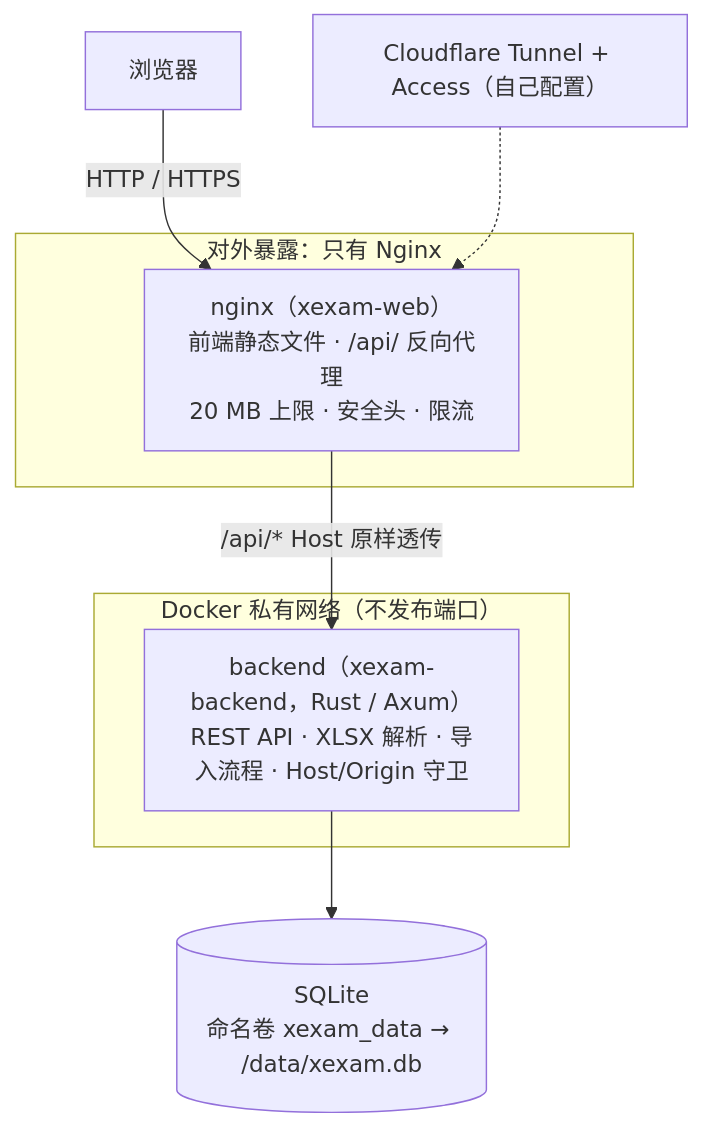
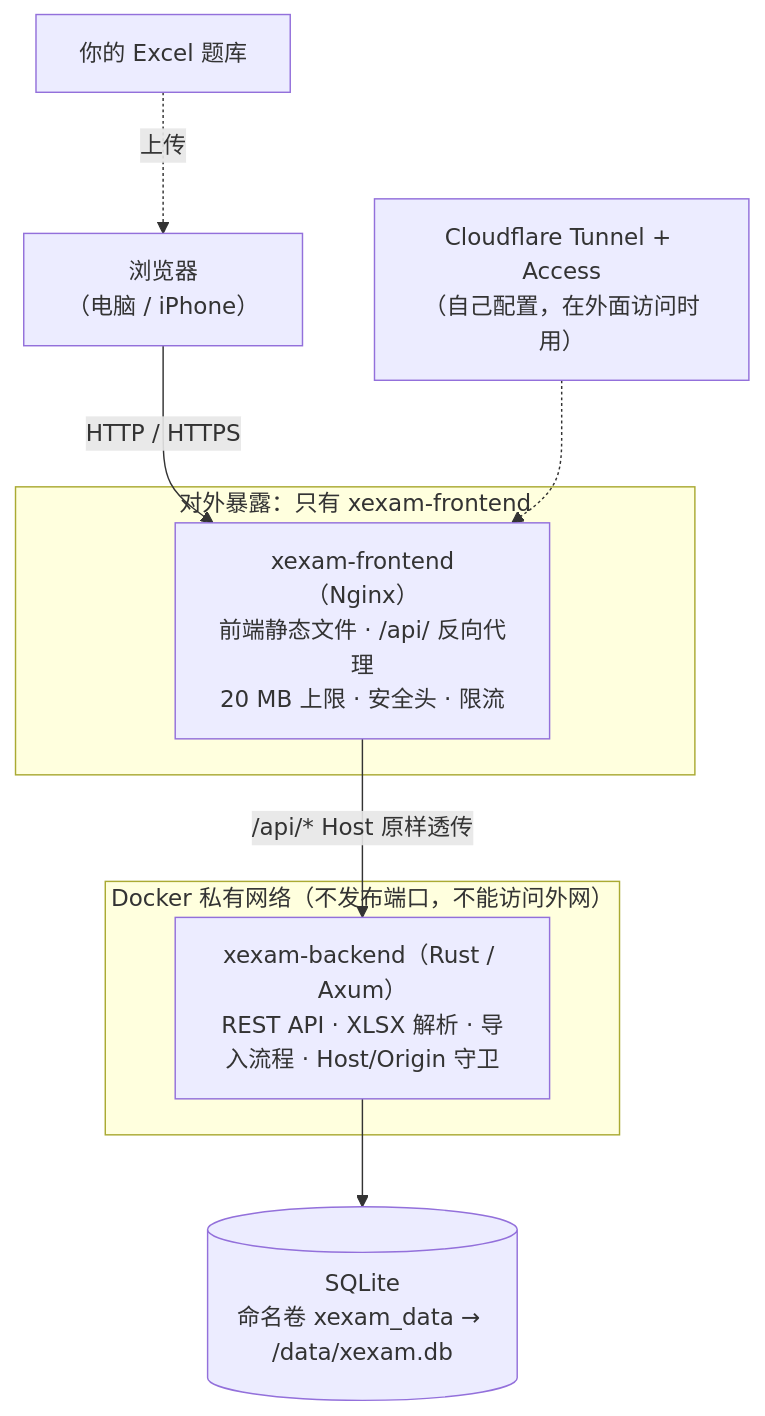
One commit to Yumin-Space/xexam changed the first of 6 diagrams in README.md. Above: the diagram before and after it, drawn with Mermaid. The commit also changed other lines of this file and 906 other files, not shown here.

First line of the commit message:
Replace the Python implementation: Rust + TypeScript + Nginx is now the application

````diff
--- a/README.md
+++ b/README.md
@@ -113,13 +111,14 @@
 ```mermaid
 flowchart TB
-    U["浏览器"] -->|"HTTP / HTTPS"| N
-    subgraph 公开["对外暴露：只有 Nginx"]
-        N["nginx（xexam-web）<br/>前端静态文件 · /api/ 反向代理<br/>20 MB 上限 · 安全头 · 限流"]
+    U["浏览器<br/>（电脑 / iPhone）"] -->|"HTTP / HTTPS"| N
+    subgraph 公开["对外暴露：只有 xexam-frontend"]
+        N["xexam-frontend（Nginx）<br/>前端静态文件 · /api/ 反向代理<br/>20 MB 上限 · 安全头 · 限流"]
     end
-    subgraph 内网["Docker 私有网络（不发布端口）"]
-        B["backend（xexam-backend，Rust / Axum）<br/>REST API · XLSX 解析 · 导入流程 · Host/Origin 守卫"]
+    subgraph 内网["Docker 私有网络（不发布端口，不能访问外网）"]
+        B["xexam-backend（Rust / Axum）<br/>REST API · XLSX 解析 · 导入流程 · Host/Origin 守卫"]
     end
     N -->|"/api/*  Host 原样透传"| B
     B --> D[("SQLite<br/>命名卷 xexam_data → /data/xexam.db")]
-    CF["Cloudflare Tunnel + Access（自己配置）"] -.-> N
+    CF["Cloudflare Tunnel + Access<br/>（自己配置，在外面访问时用）"] -.-> N
+    X["你的 Excel 题库"] -.->|"上传"| U
 ```
````
